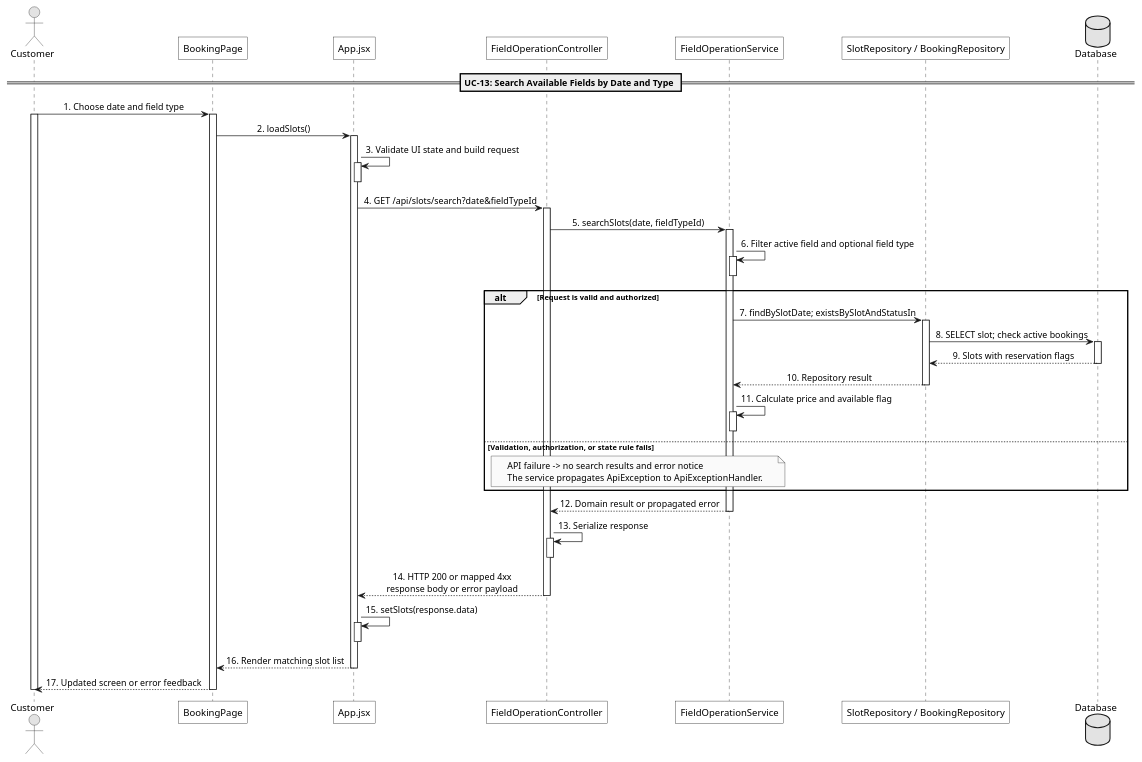
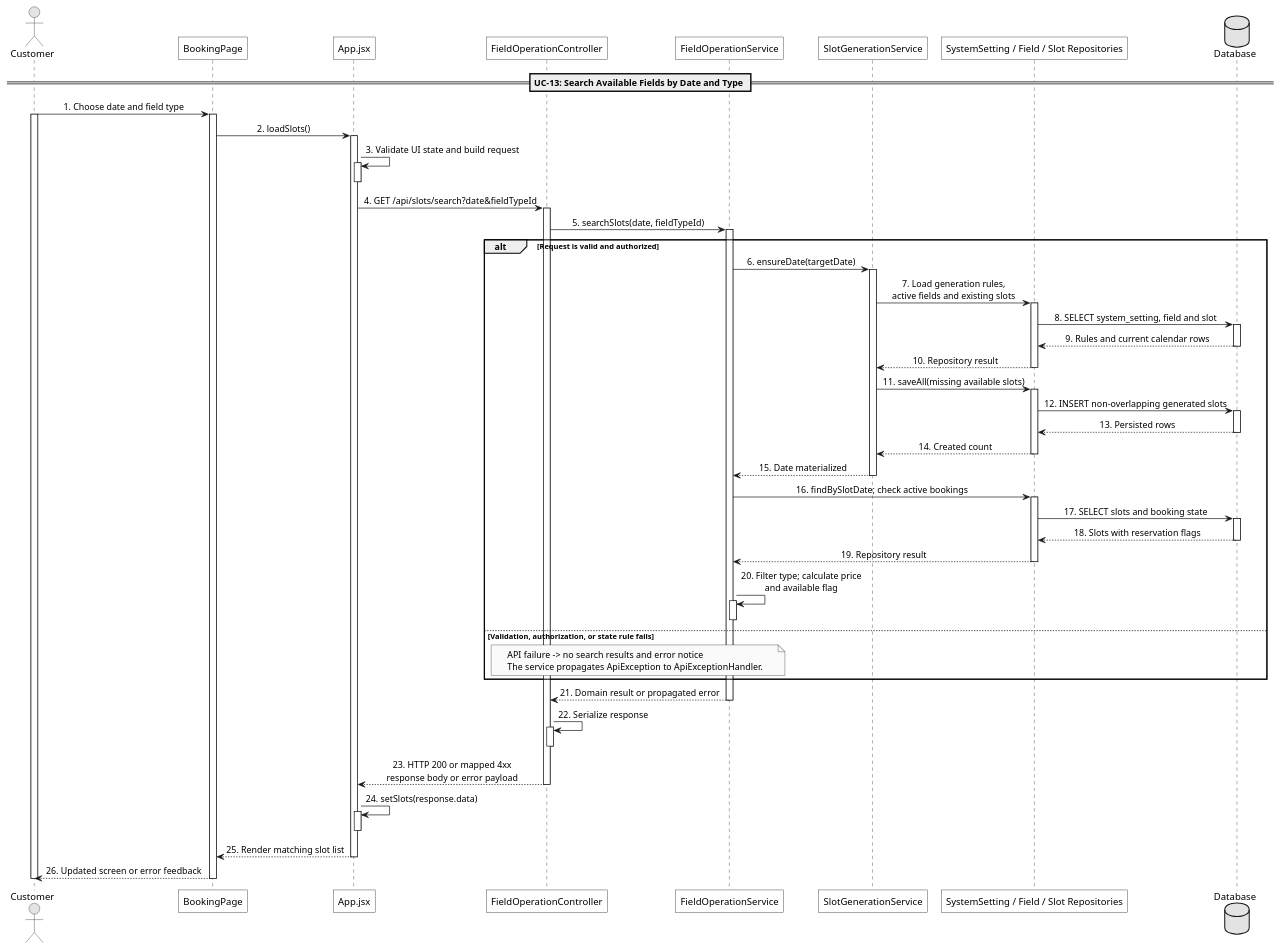
One commit to maxwell1904/SWP391_G3 changed the diagram in docs/Sequence/UC-13-search-available-fields-by-date-time.puml. Above: the diagram before and after it, drawn with PlantUML. The commit also changed 99 other files, not shown here.

```diff
--- a/docs/Sequence/UC-13-search-available-fields-by-date-time.puml
+++ b/docs/Sequence/UC-13-search-available-fields-by-date-time.puml
@@ -1,89 +1,108 @@
 @startuml
 
 skinparam monochrome true
 skinparam shadowing false
 skinparam roundcorner 0
 skinparam sequenceMessageAlign center
 skinparam responseMessageBelowArrow true
 
 skinparam participant {
   BackgroundColor white
   BorderColor black
 }
 
 actor "Customer" as User
 participant "BookingPage" as UI
 participant "App.jsx" as App
 participant "FieldOperationController" as Controller
 participant "FieldOperationService" as Service
-participant "SlotRepository / BookingRepository" as Repo
+participant "SlotGenerationService" as Generator
+participant "SystemSetting / Field / Slot Repositories" as Repo
 database "Database" as DB
 
 == UC-13: Search Available Fields by Date and Type ==
 
 User -> UI : 1. Choose date and field type
 activate User
 activate UI
 
 UI -> App : 2. loadSlots()
 activate App
 
 App -> App : 3. Validate UI state and build request
 activate App
 deactivate App
 
 App -> Controller : 4. GET /api/slots/search?date&fieldTypeId
 activate Controller
 
 Controller -> Service : 5. searchSlots(date, fieldTypeId)
 activate Service
 
-Service -> Service : 6. Filter active field and optional field type
-activate Service
-deactivate Service
-
 alt Request is valid and authorized
-  Service -> Repo : 7. findBySlotDate; existsBySlotAndStatusIn
+  Service -> Generator : 6. ensureDate(targetDate)
+  activate Generator
+  Generator -> Repo : 7. Load generation rules,\nactive fields and existing slots
   activate Repo
 
-  Repo -> DB : 8. SELECT slot; check active bookings
+  Repo -> DB : 8. SELECT system_setting, field and slot
   activate DB
-  DB --> Repo : 9. Slots with reservation flags
+  DB --> Repo : 9. Rules and current calendar rows
   deactivate DB
 
-  Repo --> Service : 10. Repository result
+  Repo --> Generator : 10. Repository result
   deactivate Repo
 
-  Service -> Service : 11. Calculate price and available flag
+  Generator -> Repo : 11. saveAll(missing available slots)
+  activate Repo
+  Repo -> DB : 12. INSERT non-overlapping generated slots
+  activate DB
+  DB --> Repo : 13. Persisted rows
+  deactivate DB
+  Repo --> Generator : 14. Created count
+  deactivate Repo
+  Generator --> Service : 15. Date materialized
+  deactivate Generator
+
+  Service -> Repo : 16. findBySlotDate; check active bookings
+  activate Repo
+  Repo -> DB : 17. SELECT slots and booking state
+  activate DB
+  DB --> Repo : 18. Slots with reservation flags
+  deactivate DB
+  Repo --> Service : 19. Repository result
+  deactivate Repo
+
+  Service -> Service : 20. Filter type; calculate price\nand available flag
   activate Service
   deactivate Service
 else Validation, authorization, or state rule fails
   note over Service,Controller
     API failure -> no search results and error notice
     The service propagates ApiException to ApiExceptionHandler.
   end note
 end
 
-Service --> Controller : 12. Domain result or propagated error
+Service --> Controller : 21. Domain result or propagated error
 deactivate Service
 
-Controller -> Controller : 13. Serialize response
+Controller -> Controller : 22. Serialize response
 activate Controller
 deactivate Controller
 
-Controller --> App : 14. HTTP 200 or mapped 4xx\nresponse body or error payload
+Controller --> App : 23. HTTP 200 or mapped 4xx\nresponse body or error payload
 deactivate Controller
 
-App -> App : 15. setSlots(response.data)
+App -> App : 24. setSlots(response.data)
 activate App
 deactivate App
 
-App --> UI : 16. Render matching slot list
+App --> UI : 25. Render matching slot list
 deactivate App
 
-UI --> User : 17. Updated screen or error feedback
+UI --> User : 26. Updated screen or error feedback
 
 deactivate UI
 deactivate User
 
 @enduml
```
